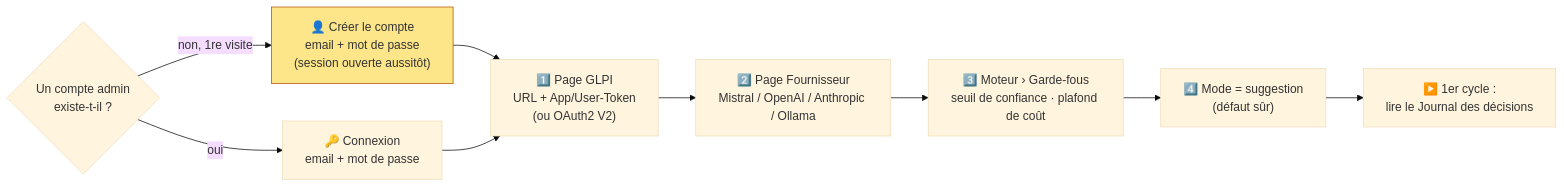
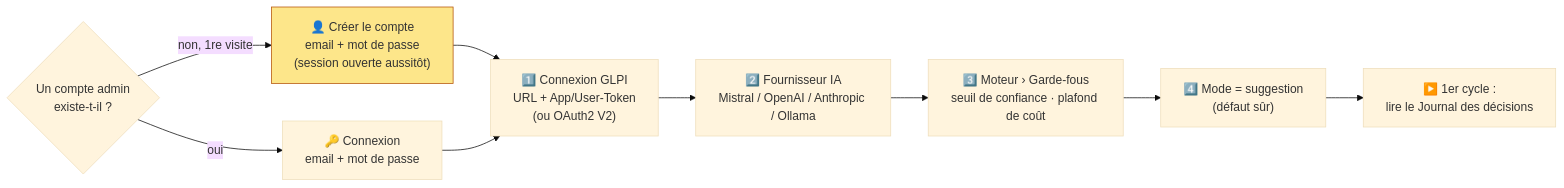
One commit to WicaebethTheo/itsm-modern-ai changed the fourth of 7 diagrams in docs/guide-fonctionnement.md. Above: the diagram before and after it, drawn with Mermaid (base theme). The commit also changed other lines of this file and 16 other files, not shown here.

````diff
--- a/docs/guide-fonctionnement.md
+++ b/docs/guide-fonctionnement.md
@@ -195,14 +196,14 @@
 ```mermaid
 flowchart LR
     A{"Un compte admin<br/>existe-t-il ?"}
     A -- non, 1re visite --> N["👤 Créer le compte<br/>email + mot de passe<br/>(session ouverte aussitôt)"]
     A -- oui --> L["🔑 Connexion<br/>email + mot de passe"]
-    N --> G["1️⃣ Page GLPI<br/>URL + App/User-Token<br/>(ou OAuth2 V2)"]
+    N --> G["1️⃣ Connexion GLPI<br/>URL + App/User-Token<br/>(ou OAuth2 V2)"]
     L --> G
-    G --> P["2️⃣ Page Fournisseur<br/>Mistral / OpenAI / Anthropic / Ollama"]
+    G --> P["2️⃣ Fournisseur IA<br/>Mistral / OpenAI / Anthropic / Ollama"]
     P --> E["3️⃣ Moteur › Garde-fous<br/>seuil de confiance · plafond de coût"]
     E --> M["4️⃣ Mode = suggestion<br/>(défaut sûr)"]
     M --> R["▶️ 1er cycle :<br/>lire le Journal des décisions"]
 
     style N fill:#fde68a,stroke:#b45309
 ```
````
